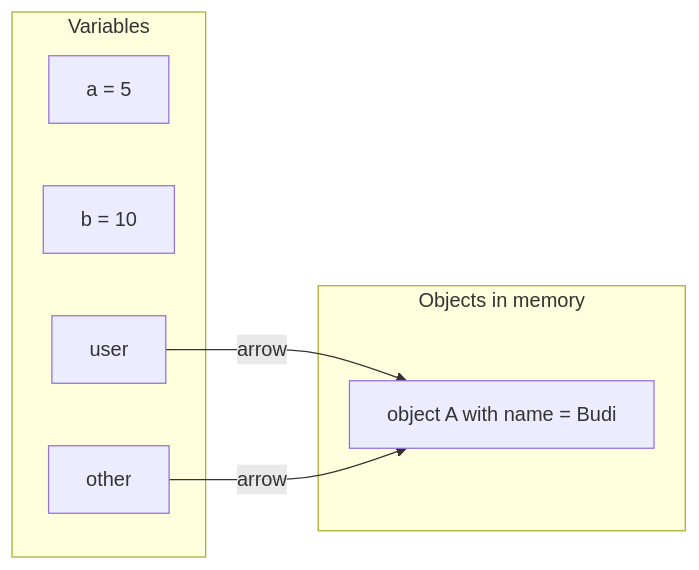
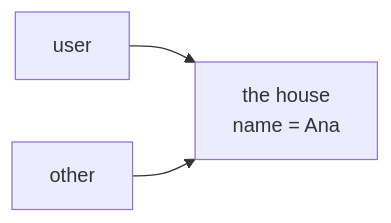
The first of 5 diagrams in learn/javascript/03-reference-vs-copy.md (starjustice/research-material), drawn with Mermaid before and after one commit. The commit also changed other lines of this file, not shown here.

````diff
--- a/learn/javascript/03-reference-vs-copy.md
+++ b/learn/javascript/03-reference-vs-copy.md
@@ -26,14 +15,5 @@
 ```mermaid
 graph LR
-    subgraph VARS ["Variables"]
-        A["a = 5"]
-        B["b = 10"]
-        U["user"]
-        O["other"]
-    end
-    subgraph OBJS ["Objects in memory"]
-        X["object A with name = Budi"]
-    end
-    U -->|arrow| X
-    O -->|arrow| X
+    U["user"] --> X["the house<br/>name = Ana"]
+    O["other"] --> X
 ```
````
